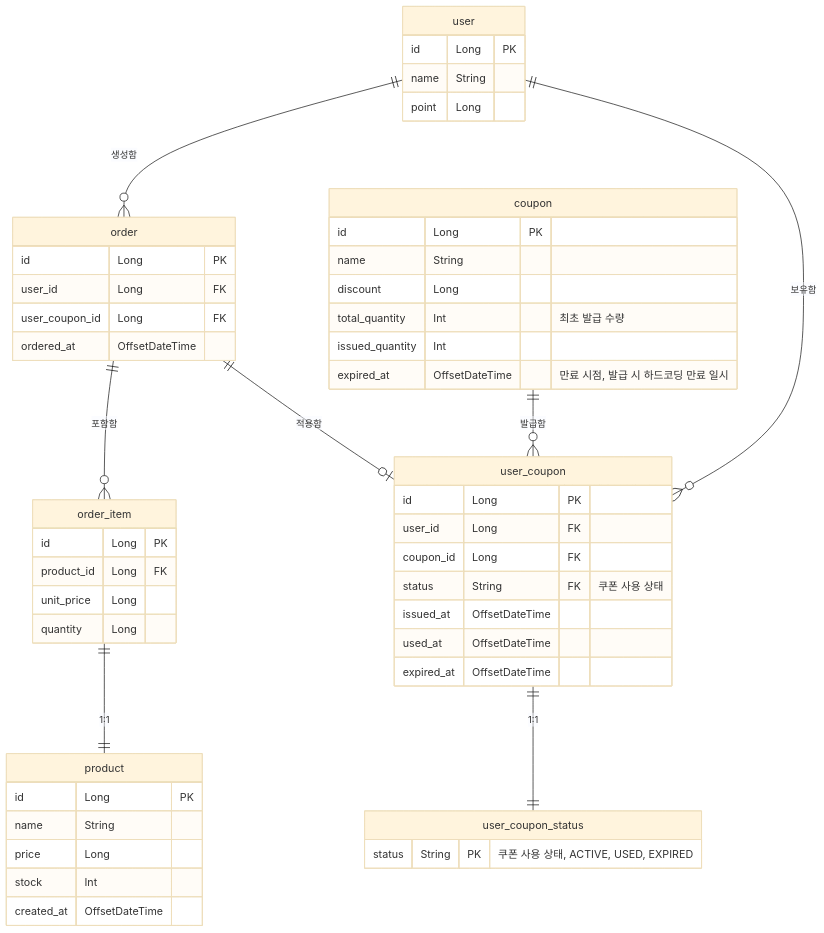
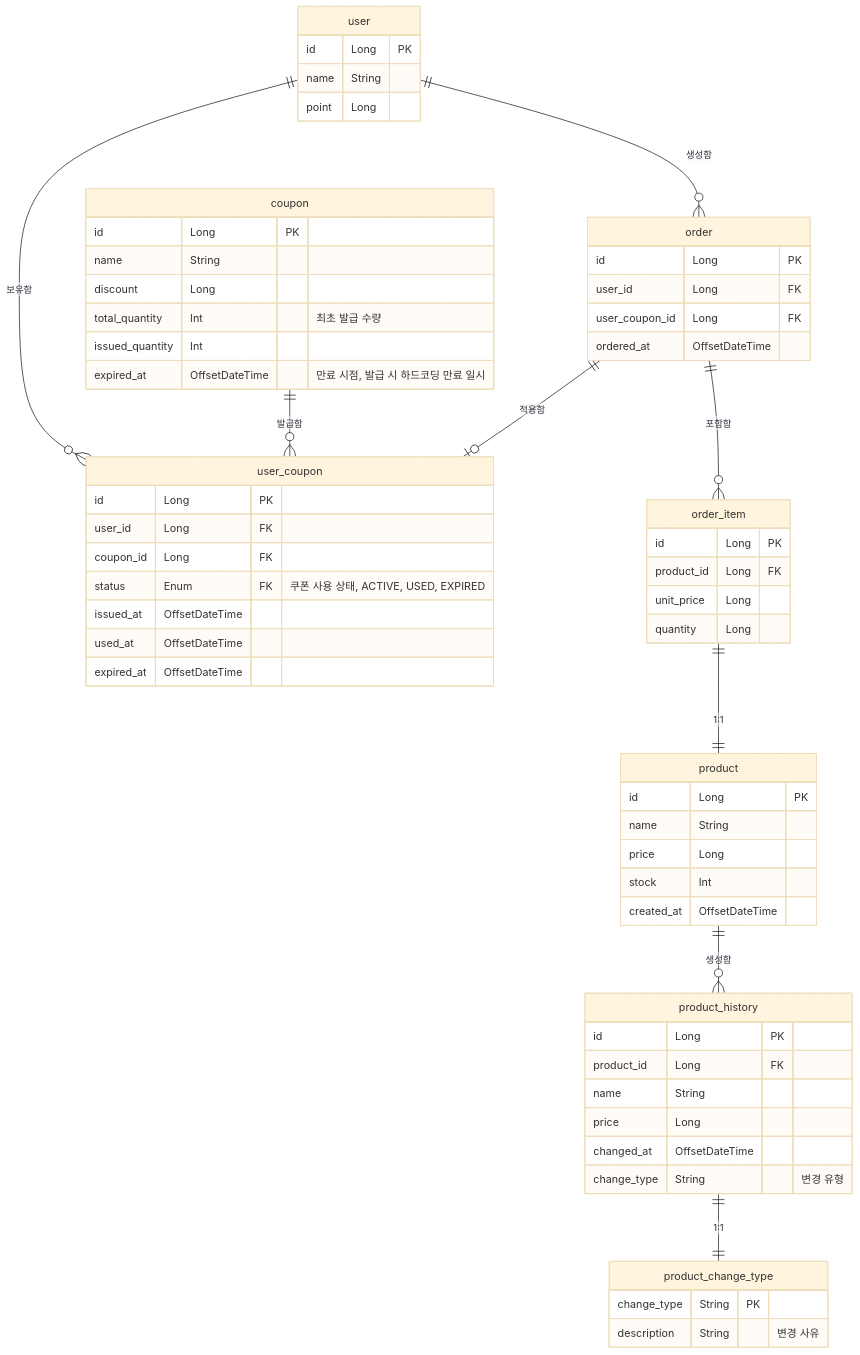
One commit to ite476/hhplus-ecommerce-api changed the diagram in docs/entity-relationship-diagram.md. Above: the diagram before and after it, drawn with Mermaid (base theme). The commit also changed other lines of this file and 2 other files, not shown here.

Commit message:
STEP 03 피드백 반영 (#12)
* doc: 요구사항에 주문 관련 비기능 요구사항을 보충

* doc: 주문 및 결제 시퀀스 다이어그램을 도메인 관점으로 변경

> - 각 도메인 별 보상 트랜잭션 등록/호출을 가시화
> - SAGA 패턴 형태를 취함

* doc: 쿠폰 발급 결제 시퀀스 다이어그램에 선착순 비기능 요구사항 반영

> - 쿠폰 발급을 도메인 이벤트로 명시화

* doc: 쿠폰 상태 ERD 테이블 간소화

> 과도한 정규화 해소

* doc: ERD에 상품 이력 테이블 추가

> 추후 상품 가격 등 정보 변경 이력, 재고 변경 이력에 대한 추적 용도

````diff
--- a/docs/entity-relationship-diagram.md
+++ b/docs/entity-relationship-diagram.md
@@ -3,62 +3,75 @@
 ```mermaid
 erDiagram
     user {
         id Long PK
         name String 
         point Long
     }
     
     product {
         id Long PK
         name String 
         price Long
         stock Int
         created_at OffsetDateTime        
     }
     
+    product_history {
+        id Long PK
+        product_id Long FK        
+        name String
+        price Long         
+        changed_at OffsetDateTime
+        
+        change_type String "변경 유형"
+    }
+    
+    product_change_type {
+        change_type String PK
+        description String "변경 사유"
+    }
+    
     coupon {
         id Long PK
         name String
         discount Long
         total_quantity Int "최초 발급 수량"
         issued_quantity Int 
         expired_at OffsetDateTime "만료 시점, 발급 시 하드코딩 만료 일시"
     }
     
     user_coupon {
         id Long PK
         user_id Long FK
         coupon_id Long FK
-        status String FK "쿠폰 사용 상태"
+        status Enum FK "쿠폰 사용 상태, ACTIVE, USED, EXPIRED"
         issued_at OffsetDateTime
         used_at OffsetDateTime
         expired_at OffsetDateTime
-    }
-    
-    user_coupon_status {
-        status String PK "쿠폰 사용 상태, ACTIVE, USED, EXPIRED"
     }
     
     order {
         id Long PK
         user_id Long FK
         user_coupon_id Long FK
         ordered_at OffsetDateTime        
     }
     
     order_item {
         id Long PK
         product_id Long FK
         unit_price Long 
         quantity Long
     }
     
     user ||--o{ order : "생성함"
         order ||--o{ order_item : "포함함"
         order_item ||--|| product : "1:1"
     
     user ||--o{ user_coupon : "보유함"
-    user_coupon ||--|| user_coupon_status : "1:1"
     coupon ||--o{ user_coupon : "발급함"
     order ||--o| user_coupon : "적용함"
+    
+    product ||--o{ product_history : "생성함"
+        product_history ||--|| product_change_type : "1:1"
 ```
````
